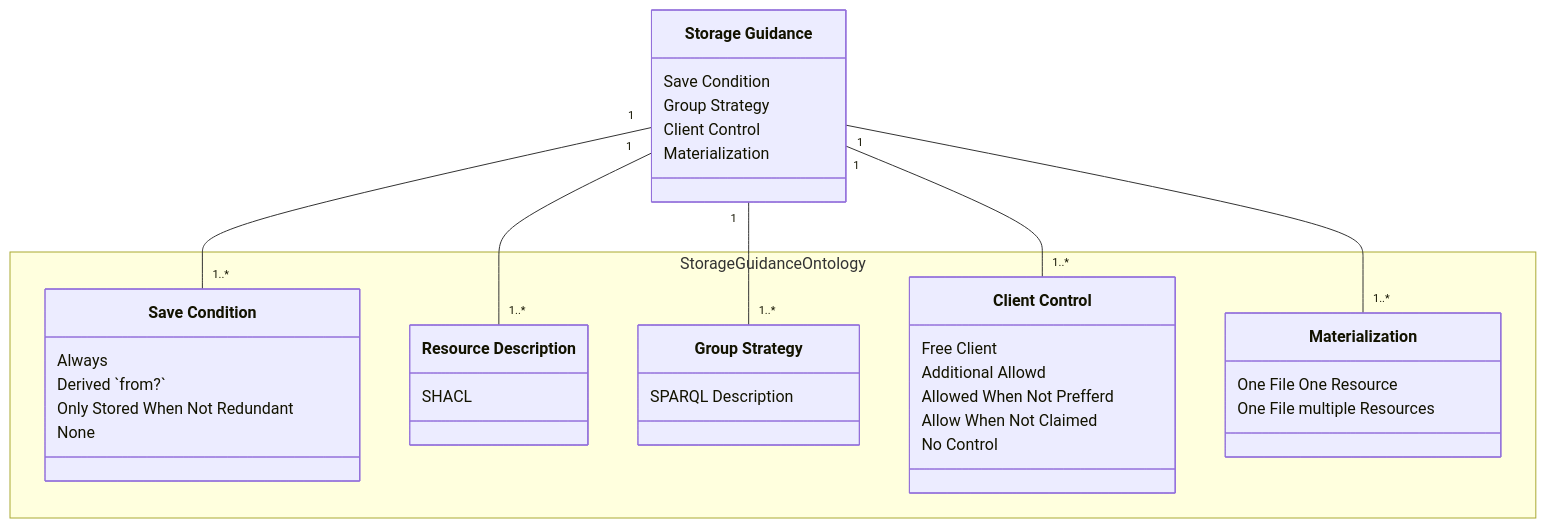
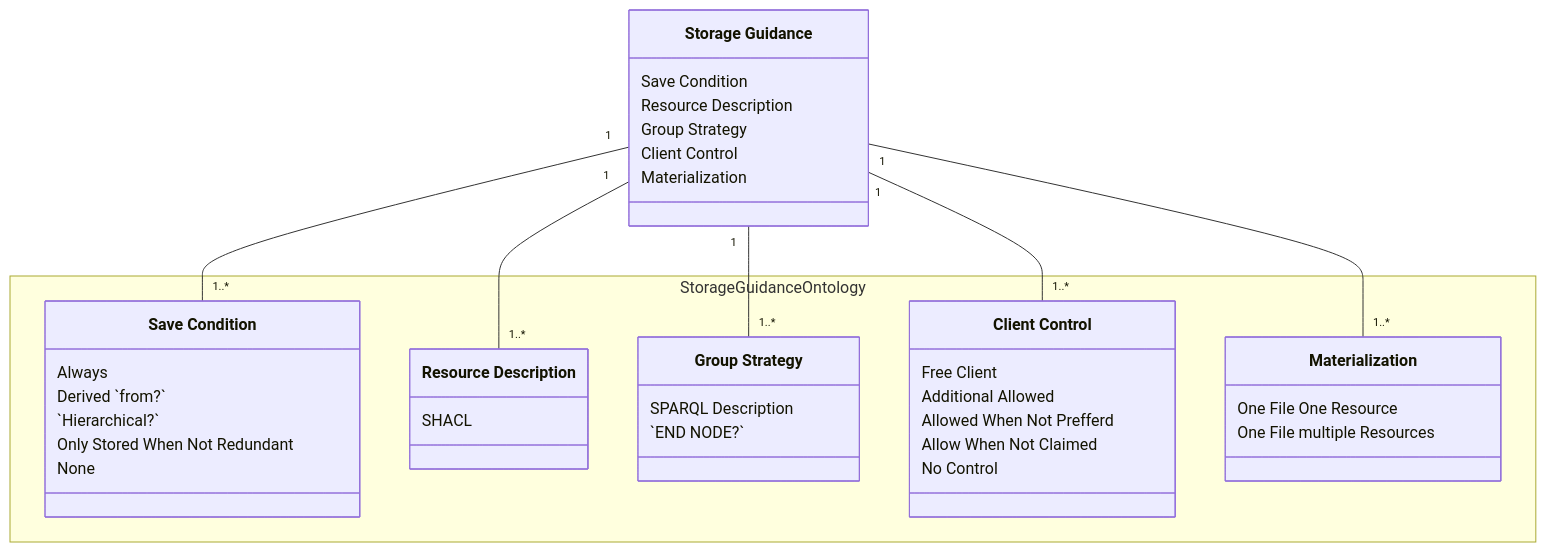
The diagram in solution/storage-guidance-ontology/index.md (jitsedesmet/thesis), drawn with Mermaid before and after one commit.

Commit message:
ingevingen

```diff
--- a/solution/storage-guidance-ontology/index.md
+++ b/solution/storage-guidance-ontology/index.md
@@ -14,45 +14,48 @@
 <pre class="mermaid">
 classDiagram
     SG "1" -- "1..*" SC
     SG "1" -- "1..*" RD
     SG "1" -- "1..*" GS
     SG "1" -- "1..*" CC
     SG "1" -- "1..*" M
     class SG["Storage Guidance"]{
         Save Condition
+        Resource Description
         Group Strategy
         Client Control
         Materialization
     }
 namespace StorageGuidanceOntology{
     class SC["Save Condition"]{
-      Always
-      Derived `from?`
-      Only Stored When Not Redundant
-      None
+        Always
+        Derived `from?`
+        `Hierarchical?`
+        Only Stored When Not Redundant
+        None
     }
     class RD["Resource Description"] {
         SHACL
     }
     class GS["Group Strategy"]{
         SPARQL Description
+        `END NODE?`
     }
     class CC["Client Control"] {
         Free Client
-        Additional Allowd
+        Additional Allowed
         Allowed When Not Prefferd
         Allow When Not Claimed
         No Control
     }
     class M["Materialization"] {
         One File One Resource
         One File multiple Resources
     }
 }
 link SG "#"
 link SC "#save-condition"
 link RD "#resource-description"
 link GS "#group-strategy"
 link CC "#client-control"
 link M "#resource-materialization"
 </pre>
```
